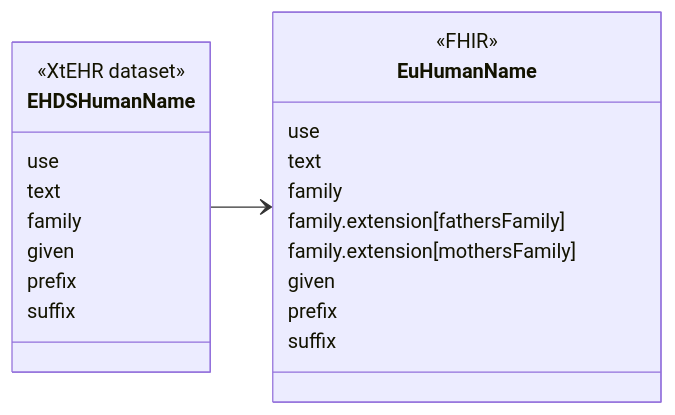
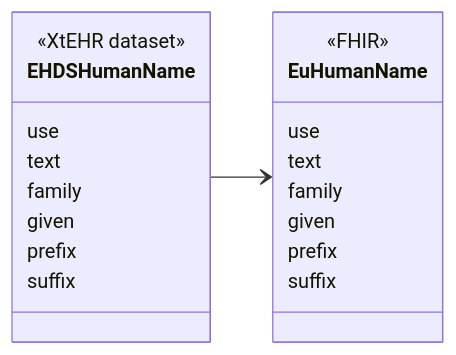
One commit to oijauregui/ehdsimaging changed the diagram in input/intro-notes/ConceptMap-EHDSHumanNameMap-intro.md. Above: the diagram before and after it, drawn with Mermaid. The commit also changed 24 other files, not shown here.

````diff
--- a/input/intro-notes/ConceptMap-EHDSHumanNameMap-intro.md
+++ b/input/intro-notes/ConceptMap-EHDSHumanNameMap-intro.md
@@ -5,27 +5,25 @@
 ```mermaid
 classDiagram
 direction LR
 class EHDSHumanName {
   <<XtEHR dataset>>
   use
   text
   family
   given
   prefix
   suffix
 }
 link EHDSHumanName "https://build.fhir.org/ig/Xt-EHR/xt-ehr-common/StructureDefinition-EHDSHumanName.html"
 class EuHumanName{
   <<FHIR>>
   use
   text
   family
-  family.extension[fathersFamily]
-  family.extension[mothersFamily]
   given
   prefix
   suffix
 }
 
 EHDSHumanName --> EuHumanName
 ```
````
